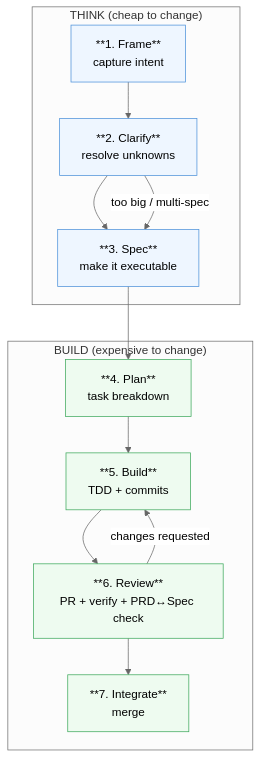
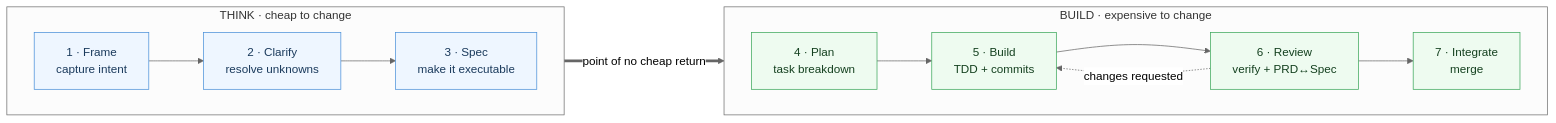
Before and after one commit to RuBiCK/lean-sdd-kit: the first of 3 diagrams in WORKFLOW.md, drawn with Mermaid (neutral theme). The commit also changed other lines of this file and 1 other file, not shown here.

Commit message:
fix(docs): make Mermaid diagrams render correctly and read clearly
- Remove literal **bold** inside nodes (GitHub Mermaid showed the asterisks)
- Drop <sub> (unreliable) and the dangling d1–d5 artifact "cloud"
- Fold each phase's doc/git artifact into its own node; colour THINK vs BUILD
- Replace \n in stateDiagram notes/labels with proper single-line labels
- Add THINK|BUILD subgraphs with a "point of no cheap return" boundary arrow

Validated all four diagrams render via mermaid engine.

````diff
--- a/WORKFLOW.md
+++ b/WORKFLOW.md
@@ -12,23 +12,17 @@
 ```mermaid
-flowchart TD
-    subgraph think["THINK (cheap to change)"]
-        F["**1. Frame**<br/>capture intent"]
-        C["**2. Clarify**<br/>resolve unknowns"]
-        S["**3. Spec**<br/>make it executable"]
+flowchart LR
+    subgraph think["THINK · cheap to change"]
+        direction LR
+        F["1 · Frame<br/>capture intent"] --> C["2 · Clarify<br/>resolve unknowns"] --> S["3 · Spec<br/>make it executable"]
     end
-    subgraph build["BUILD (expensive to change)"]
-        P["**4. Plan**<br/>task breakdown"]
-        B["**5. Build**<br/>TDD + commits"]
-        R["**6. Review**<br/>PR + verify + PRD↔Spec check"]
-        I["**7. Integrate**<br/>merge"]
+    subgraph build["BUILD · expensive to change"]
+        direction LR
+        P["4 · Plan<br/>task breakdown"] --> B["5 · Build<br/>TDD + commits"] --> R["6 · Review<br/>verify + PRD↔Spec"] --> I["7 · Integrate<br/>merge"]
     end
-
-    F --> C --> S --> P --> B --> R --> I
-    R -->|changes requested| B
-    C -->|too big / multi-spec| S
-
-    classDef think fill:#eef6ff,stroke:#4a90d9;
-    classDef build fill:#eefbf0,stroke:#3ca85b;
-    class F,C,S think;
-    class P,B,R,I build;
+    S ==>|point of no cheap return| P
+    R -.->|changes requested| B
+    classDef think fill:#eef6ff,stroke:#4a90d9,color:#1a3a5c;
+    classDef build fill:#eefbf0,stroke:#3ca85b,color:#14401f;
+    class F,C,S think
+    class P,B,R,I build
 ```
````
